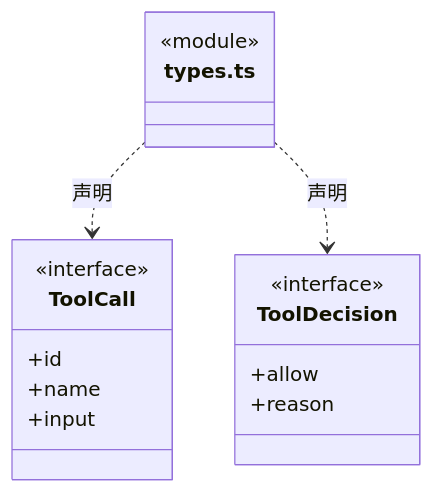
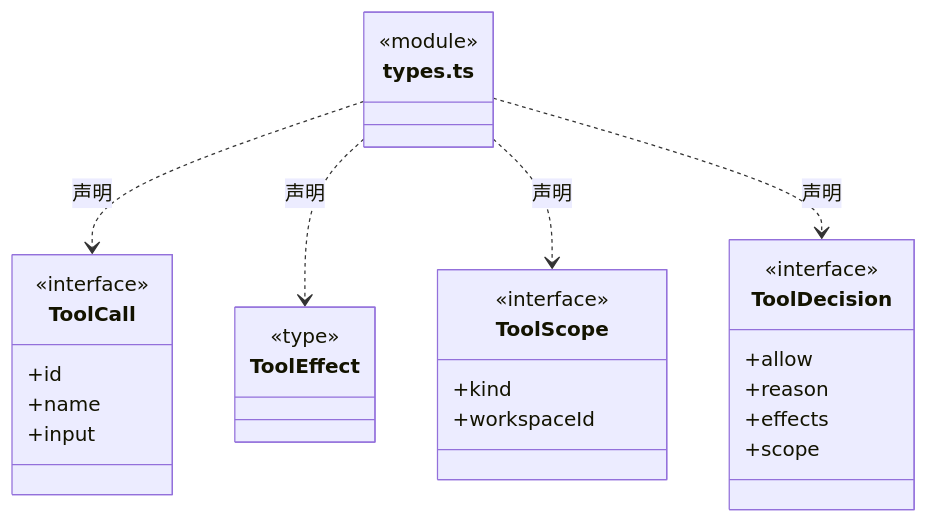
The fourth of 6 diagrams in src/backend/core/tools/ARCHITECTURE.md (nan023062/cbim), drawn with Mermaid before and after one commit. The commit also changed other lines of this file and 33 other files, not shown here.

````diff
--- a/src/backend/core/tools/ARCHITECTURE.md
+++ b/src/backend/core/tools/ARCHITECTURE.md
@@ -70,19 +84,32 @@
 ```mermaid
 classDiagram
 class N_src_backend_core_tools_types_ts["types.ts"] {
   <<module>>
 }
 class N_src_backend_core_tools_types_ts_ToolCall["ToolCall"] {
   <<interface>>
   +id
   +name
   +input
 }
 N_src_backend_core_tools_types_ts ..> N_src_backend_core_tools_types_ts_ToolCall : 声明
+class N_src_backend_core_tools_types_ts_ToolEffect["ToolEffect"] {
+  <<type>>
+
+}
+N_src_backend_core_tools_types_ts ..> N_src_backend_core_tools_types_ts_ToolEffect : 声明
+class N_src_backend_core_tools_types_ts_ToolScope["ToolScope"] {
+  <<interface>>
+  +kind
+  +workspaceId
+}
+N_src_backend_core_tools_types_ts ..> N_src_backend_core_tools_types_ts_ToolScope : 声明
 class N_src_backend_core_tools_types_ts_ToolDecision["ToolDecision"] {
   <<interface>>
   +allow
   +reason
+  +effects
+  +scope
 }
 N_src_backend_core_tools_types_ts ..> N_src_backend_core_tools_types_ts_ToolDecision : 声明
 ```
````
